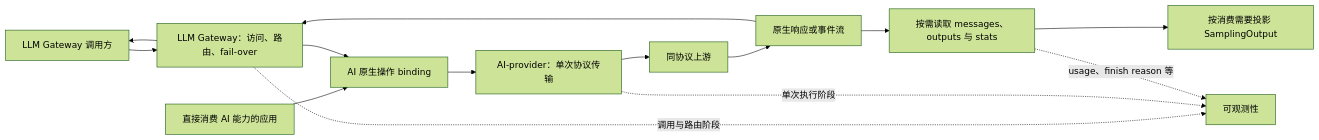
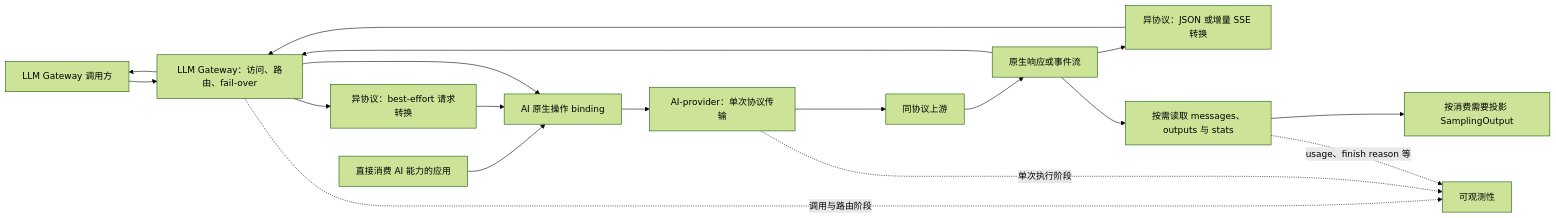
One commit to xiaoland/velune changed the diagram in docs/design/ai-service.md. Above: the diagram before and after it, drawn with Mermaid (forest theme). The commit also changed other lines of this file and 31 other files, not shown here.

First line of the commit message:
feat(ai): 支持三种 LLM 协议 best-effort 双向转换

````diff
--- a/docs/design/ai-service.md
+++ b/docs/design/ai-service.md
@@ -61,16 +61,20 @@
 ```mermaid
 flowchart LR
     C[LLM Gateway 调用方] --> G[LLM Gateway：访问、路由、fail-over]
     D[直接消费 AI 能力的应用] --> N
-    G --> N[AI 原生操作 binding]
+    G --> X[异协议：best-effort 请求转换]
+    X --> N[AI 原生操作 binding]
+    G --> N
     N --> P[AI-provider：单次协议传输]
     P --> U[同协议上游]
     U --> R[原生响应或事件流]
+    R --> Y[异协议：JSON 或增量 SSE 转换]
+    Y --> G
     R --> G
     G --> C
     R --> O[按需读取 messages、outputs 与 stats]
     O --> S[按消费需要投影 SamplingOutput]
     G -. 调用与路由阶段 .-> T[可观测性]
     P -. 单次执行阶段 .-> T
     O -. usage、finish reason 等 .-> T
 ```
````
